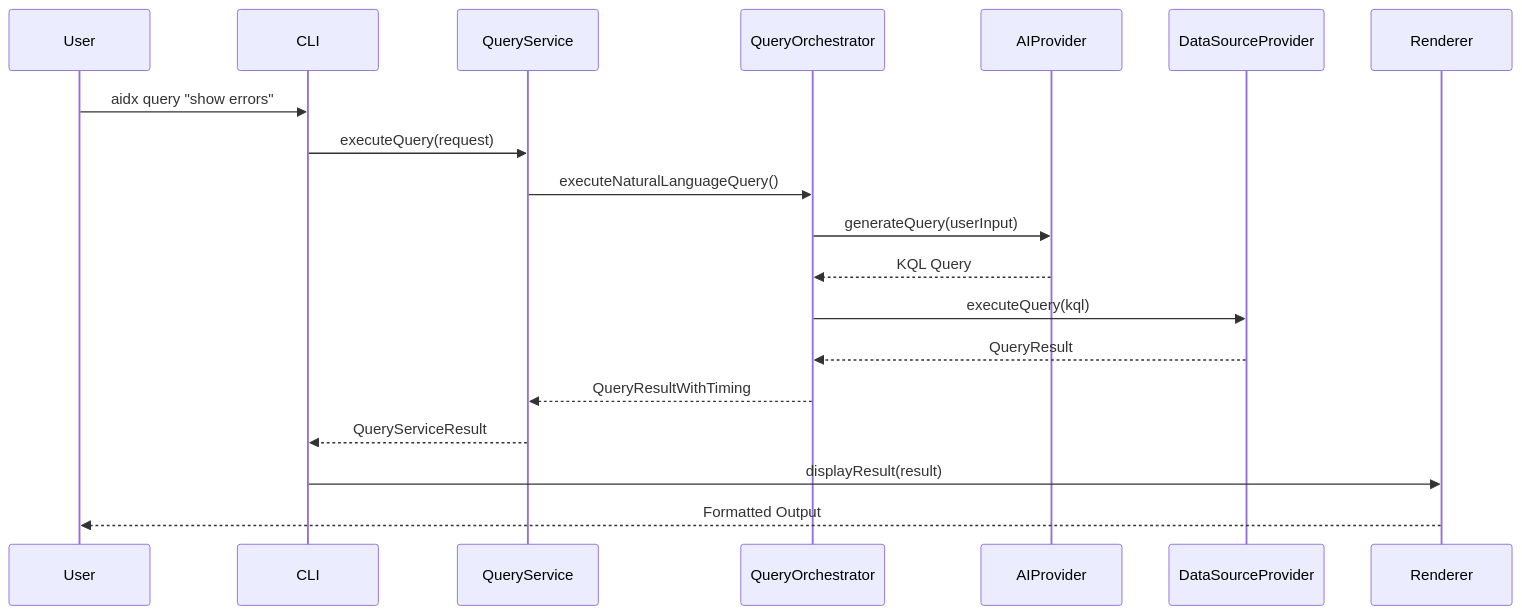
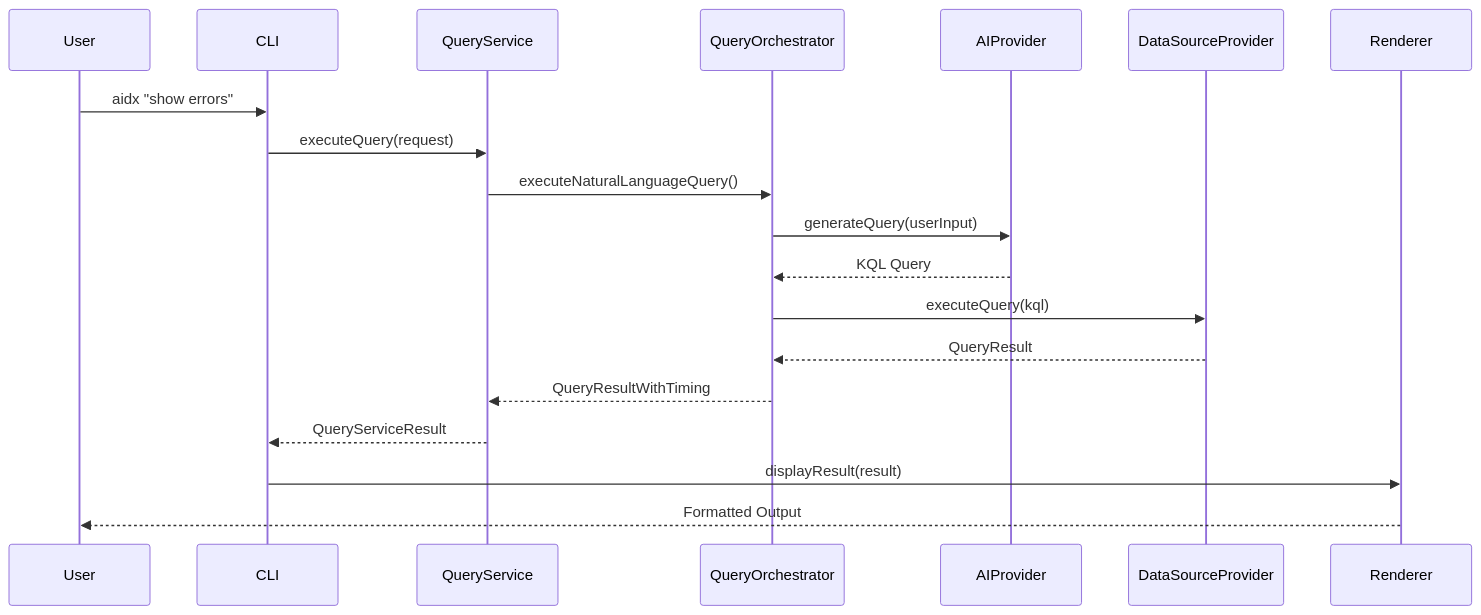
One commit to georgeOsdDev/AppInsightsDetective changed the second of 4 diagrams in docs/developer/architecture.md. Above: the diagram before and after it, drawn with Mermaid. The commit also changed 3 other files, not shown here.

Commit message:
Remove query subcommand and enhance main CLI with step-by-step interaction

````diff
--- a/docs/developer/architecture.md
+++ b/docs/developer/architecture.md
@@ -189,22 +189,22 @@
 ```mermaid
 sequenceDiagram
     participant User
     participant CLI
     participant QueryService
     participant QueryOrchestrator
     participant AIProvider
     participant DataSourceProvider
     participant Renderer
     
-    User->>CLI: aidx query "show errors"
+    User->>CLI: aidx "show errors"
     CLI->>QueryService: executeQuery(request)
     QueryService->>QueryOrchestrator: executeNaturalLanguageQuery()
     QueryOrchestrator->>AIProvider: generateQuery(userInput)
     AIProvider-->>QueryOrchestrator: KQL Query
     QueryOrchestrator->>DataSourceProvider: executeQuery(kql)
     DataSourceProvider-->>QueryOrchestrator: QueryResult
     QueryOrchestrator-->>QueryService: QueryResultWithTiming
     QueryService-->>CLI: QueryServiceResult
     CLI->>Renderer: displayResult(result)
     Renderer-->>User: Formatted Output
 ```
````
